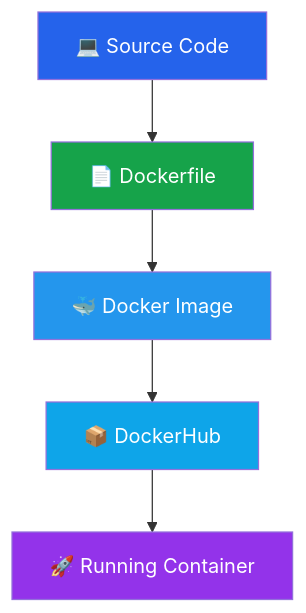
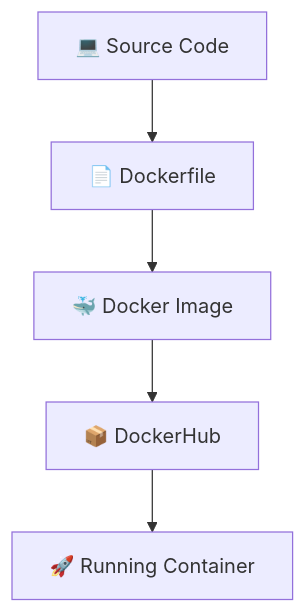
The sixth of 12 diagrams in README.md (Saurav6200907210/WebMetricsX), drawn with Mermaid before and after one commit. The commit also changed other lines of this file, not shown here.

````diff
--- a/README.md
+++ b/README.md
@@ -440,27 +220,7 @@
 ```mermaid
 flowchart TB
-
-Source["💻 Source Code"]
-
-Dockerfile["📄 Dockerfile"]
-
-Image["🐳 Docker Image"]
-
-Registry["📦 DockerHub"]
-
-Container["🚀 Running Container"]
-
-Source --> Dockerfile
-
-Dockerfile --> Image
-
-Image --> Registry
-
-Registry --> Container
-
-style Source fill:#2563eb,color:#fff
-style Dockerfile fill:#16a34a,color:#fff
-style Image fill:#2496ED,color:#fff
-style Registry fill:#0ea5e9,color:#fff
-style Container fill:#9333ea,color:#fff
+Source["💻 Source Code"] --> Dockerfile["📄 Dockerfile"]
+Dockerfile --> Image["🐳 Docker Image"]
+Image --> Registry["📦 DockerHub"]
+Registry --> Container["🚀 Running Container"]
 ```
````
